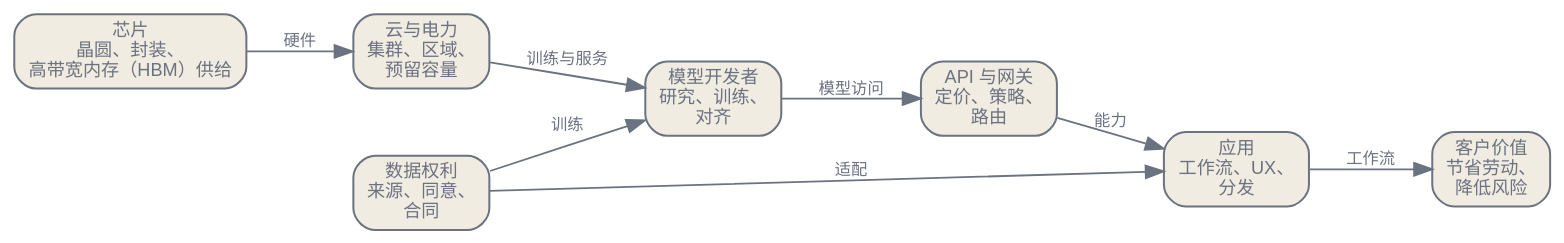
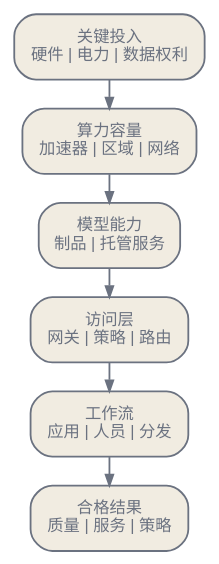
One commit to latere-ai/ai-as-an-infrastructure changed the first of 2 diagrams in zh/ecosystem/05-market-structure.qmd. Above: the diagram before and after it, drawn with Graphviz. The commit also changed other lines of this file and 2 other files, not shown here.

````diff
--- a/zh/ecosystem/05-market-structure.qmd
+++ b/zh/ecosystem/05-market-structure.qmd
@@ -11,27 +11,21 @@
 ```{dot}
 //| label: fig-market-structure-chain
-//| fig-cap: "AI 价值链也是约束链。下游应用看到的是一个 API，但上游约束同时具有物理、金融、法律与运行属性。"
+//| fig-cap: "已部署 AI 能力的技术依赖。方框不代表市场边界，有些部署还会绕过其中某个环节。"
 digraph ai_value_chain {
   bgcolor="transparent";
-  rankdir=LR;
-  nodesep=0.38; ranksep=0.55;
-  node [shape=box, style="rounded,filled", fontname="Helvetica", fontsize=10, color="#6b7280", fontcolor="#6b7280", fillcolor="#f1ece1", penwidth=1.1];
-  edge [fontsize=9, fontname="Helvetica", color="#6b7280", fontcolor="#6b7280"];
-
-  silicon [label="芯片\n晶圆、封装、\n高带宽内存（HBM）供给"];
-  cloud [label="云与电力\n集群、区域、\n预留容量"];
-  lab [label="模型开发者\n研究、训练、\n对齐"];
-  api [label="API 与网关\n定价、策略、\n路由"];
-  app [label="应用\n工作流、UX、\n分发"];
-  data [label="数据权利\n来源、同意、\n合同"];
-  customer [label="客户价值\n节省劳动、\n降低风险"];
-
-  silicon -> cloud [label="硬件"];
-  cloud -> lab [label="训练与服务"];
-  lab -> api [label="模型访问"];
-  api -> app [label="能力"];
-  data -> lab [label="训练"];
-  data -> app [label="适配"];
-  app -> customer [label="工作流"];
+  rankdir=TB;
+  nodesep=0.12;
+  ranksep=0.22;
+  node [shape=box, style="rounded,filled", fontname="Helvetica", fontsize=9,
+        color="#6b7280", fontcolor="#6b7280", fillcolor="#f1ece1",
+        margin="0.10,0.07"];
+  edge [color="#6b7280", arrowsize=0.6];
+  I [label="关键投入\n硬件 | 电力 | 数据权利"];
+  C [label="算力容量\n加速器 | 区域 | 网络"];
+  M [label="模型能力\n制品 | 托管服务"];
+  A [label="访问层\n网关 | 策略 | 路由"];
+  W [label="工作流\n应用 | 人员 | 分发"];
+  O [label="合格结果\n质量 | 服务 | 策略"];
+  I -> C -> M -> A -> W -> O;
 }
 ```
````
